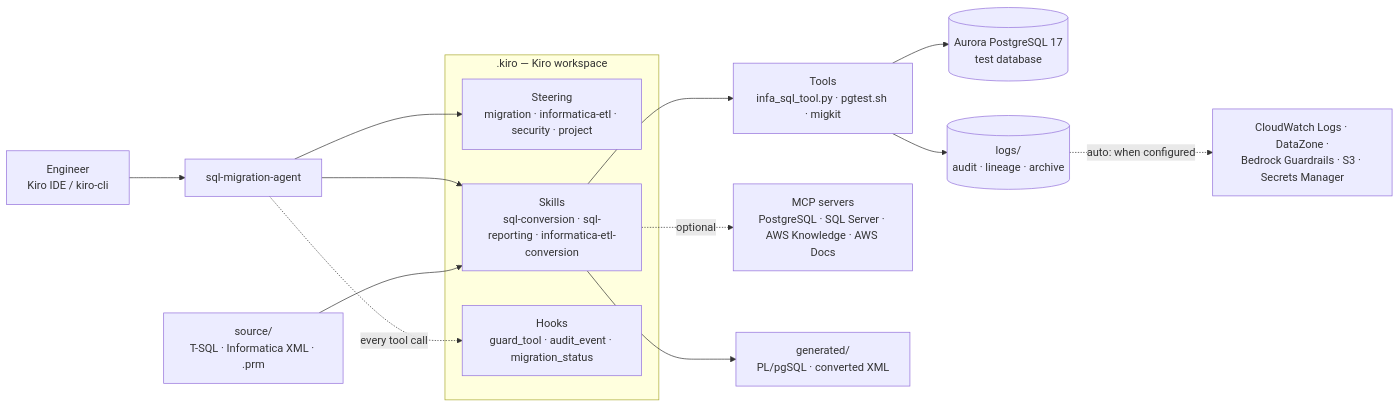
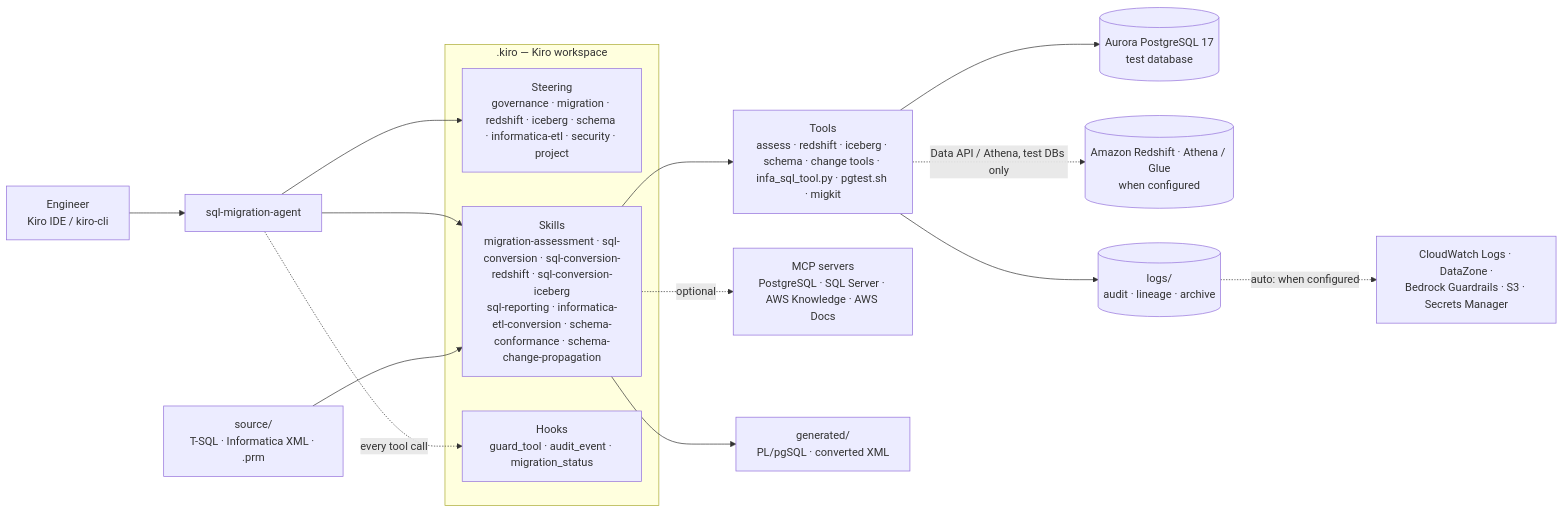
The first of 2 diagrams in README.md (kaniska/KiroSQLMigrationProject), drawn with Mermaid before and after one commit. The commit also changed other lines of this file and 113 other files, not shown here.

````diff
--- a/README.md
+++ b/README.md
@@ -99,18 +123,19 @@
 ```mermaid
 flowchart LR
   U[Engineer<br/>Kiro IDE / kiro-cli] --> A[sql-migration-agent]
   subgraph KIRO[".kiro — Kiro workspace"]
-    ST[Steering<br/>migration · informatica-etl · security · project]
-    SK[Skills<br/>sql-conversion · sql-reporting · informatica-etl-conversion]
+    ST[Steering<br/>governance · migration · redshift · iceberg · schema · informatica-etl · security · project]
+    SK[Skills<br/>migration-assessment · sql-conversion · sql-conversion-redshift · sql-conversion-iceberg<br/>sql-reporting · informatica-etl-conversion · schema-conformance · schema-change-propagation]
     HK[Hooks<br/>guard_tool · audit_event · migration_status]
   end
   A --> ST & SK
   A -. every tool call .-> HK
-  SK --> T[Tools<br/>infa_sql_tool.py · pgtest.sh · migkit]
+  SK --> T[Tools<br/>assess · redshift · iceberg · schema · change tools · infa_sql_tool.py · pgtest.sh · migkit]
   SK -. optional .-> M[MCP servers<br/>PostgreSQL · SQL Server · AWS Knowledge · AWS Docs]
   T --> DB[(Aurora PostgreSQL 17<br/>test database)]
+  T -. Data API / Athena, test DBs only .-> RS[(Amazon Redshift · Athena / Glue<br/>when configured)]
   T --> L[(logs/<br/>audit · lineage · archive)]
   L -. auto: when configured .-> AWS[CloudWatch Logs · DataZone ·<br/>Bedrock Guardrails · S3 · Secrets Manager]
   SRC[source/<br/>T-SQL · Informatica XML · .prm] --> SK
   SK --> GEN[generated/<br/>PL/pgSQL · converted XML]
 ```
````
